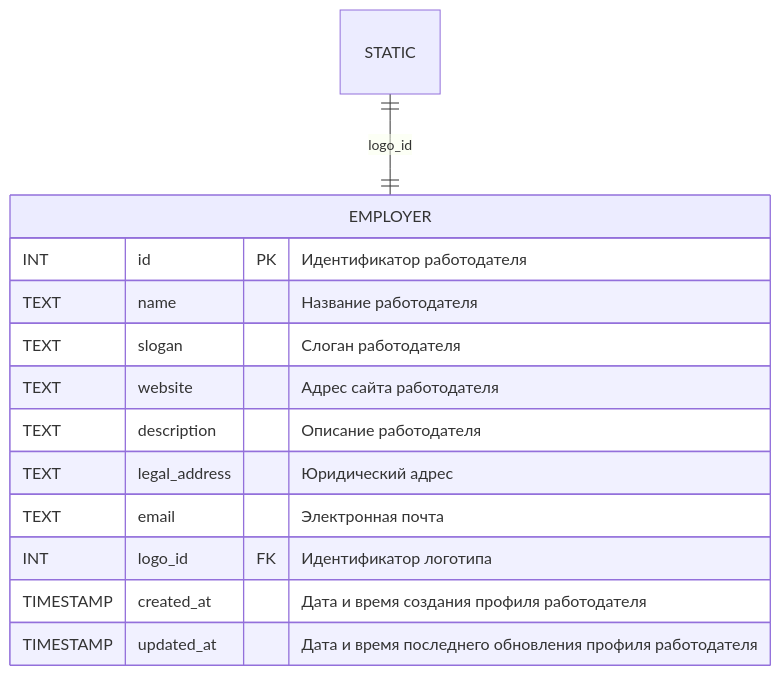
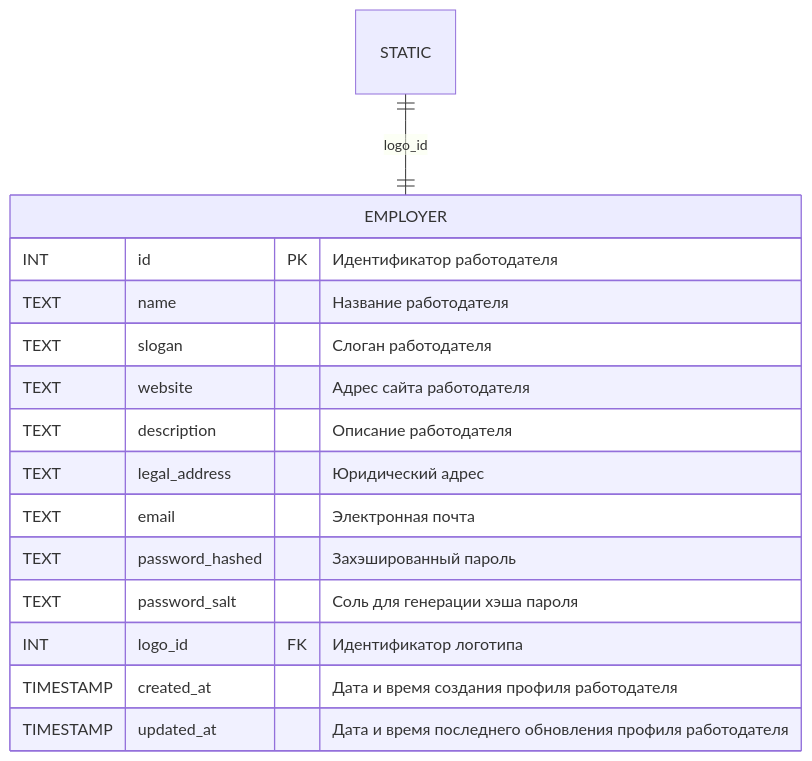
The fifth of 18 diagrams in db/normalized/relations.md (go-park-mail-ru/2025_1_Orange), drawn with Mermaid before and after one commit. The commit also changed other lines of this file and 1 other file, not shown here.

Commit message:
Added password_salt and password_hashed fields to applicant and employer entities.

````diff
--- a/db/normalized/relations.md
+++ b/db/normalized/relations.md
@@ -178,16 +179,18 @@
 ```mermaid
 erDiagram
     EMPLOYER {
         INT id PK "Идентификатор работодателя"
         TEXT name "Название работодателя"
         TEXT slogan "Слоган работодателя"
         TEXT website "Адрес сайта работодателя"
         TEXT description "Описание работодателя"
         TEXT legal_address "Юридический адрес"
         TEXT email "Электронная почта"
+        TEXT password_hashed "Захэшированный пароль"
+        TEXT password_salt "Соль для генерации хэша пароля"
         INT logo_id FK "Идентификатор логотипа"
         TIMESTAMP created_at "Дата и время создания профиля работодателя"
         TIMESTAMP updated_at "Дата и время последнего обновления профиля работодателя"
     }
     STATIC ||--|| EMPLOYER : "logo_id"
 ```
````
